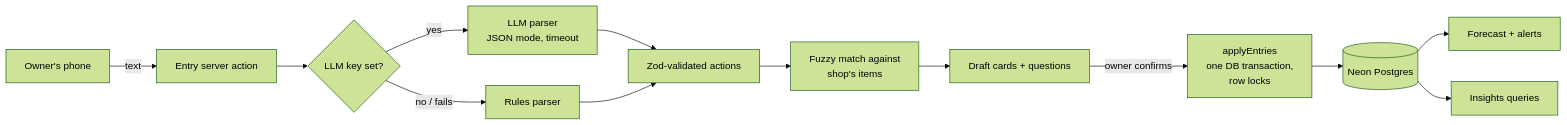
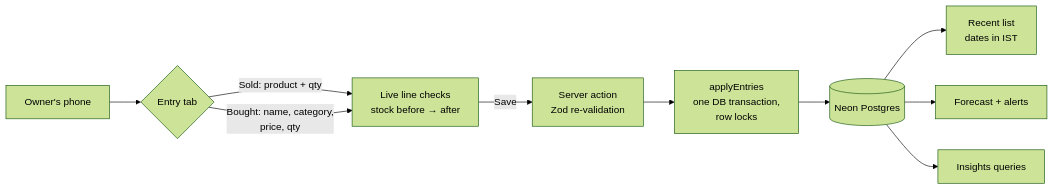
One commit to muhmd-sinan/stocksense changed the diagram in README.md. Above: the diagram before and after it, drawn with Mermaid (forest theme). The commit also changed other lines of this file and 42 other files, not shown here.

````diff
--- a/README.md
+++ b/README.md
@@ -55,15 +56,12 @@
 ```mermaid
 flowchart LR
-  U[Owner's phone] -->|text| EA[Entry server action]
-  EA --> P{LLM key set?}
-  P -->|yes| LLM[LLM parser<br/>JSON mode, timeout]
-  P -->|no / fails| R[Rules parser]
-  LLM --> Z[Zod-validated actions]
-  R --> Z
-  Z --> M[Fuzzy match against<br/>shop's items]
-  M --> D[Draft cards + questions]
-  D -->|owner confirms| A[applyEntries<br/>one DB transaction,<br/>row locks]
+  U[Owner's phone] --> T{Entry tab}
+  T -->|Sold: product + qty| C[Live line checks<br/>stock before → after]
+  T -->|Bought: name, category,<br/>price, qty| C
+  C -->|Save| SA[Server action<br/>Zod re-validation]
+  SA --> A[applyEntries<br/>one DB transaction,<br/>row locks]
   A --> DB[(Neon Postgres)]
+  DB --> R[Recent list<br/>dates in IST]
   DB --> F[Forecast + alerts]
   DB --> I[Insights queries]
 ```
````
